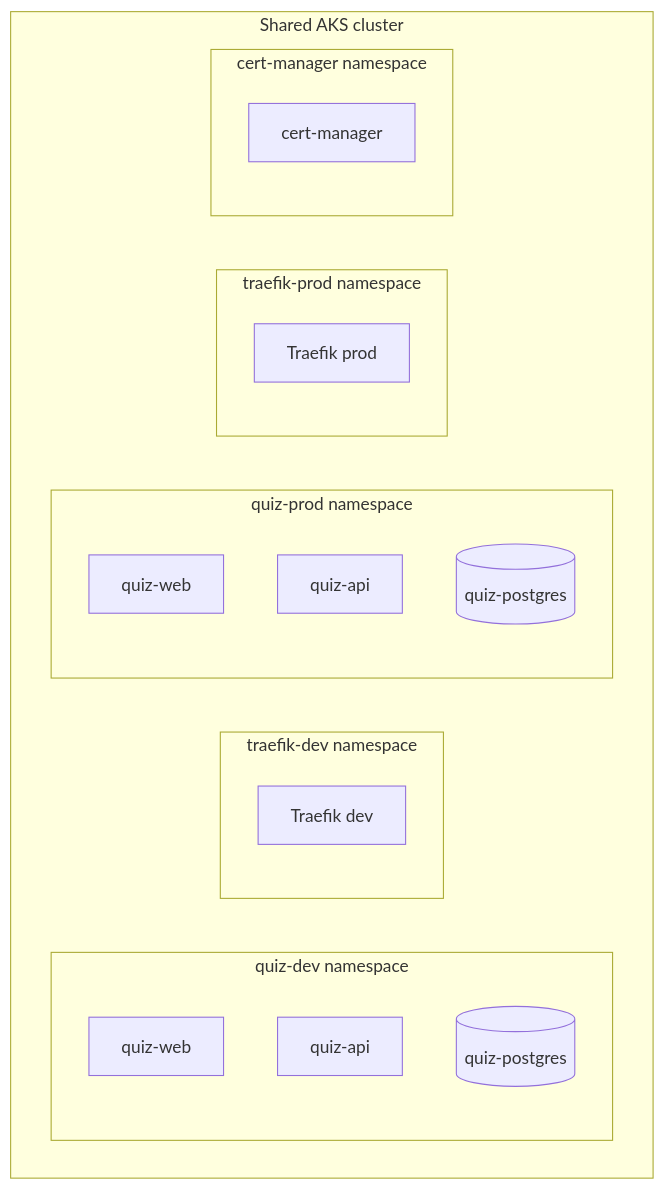
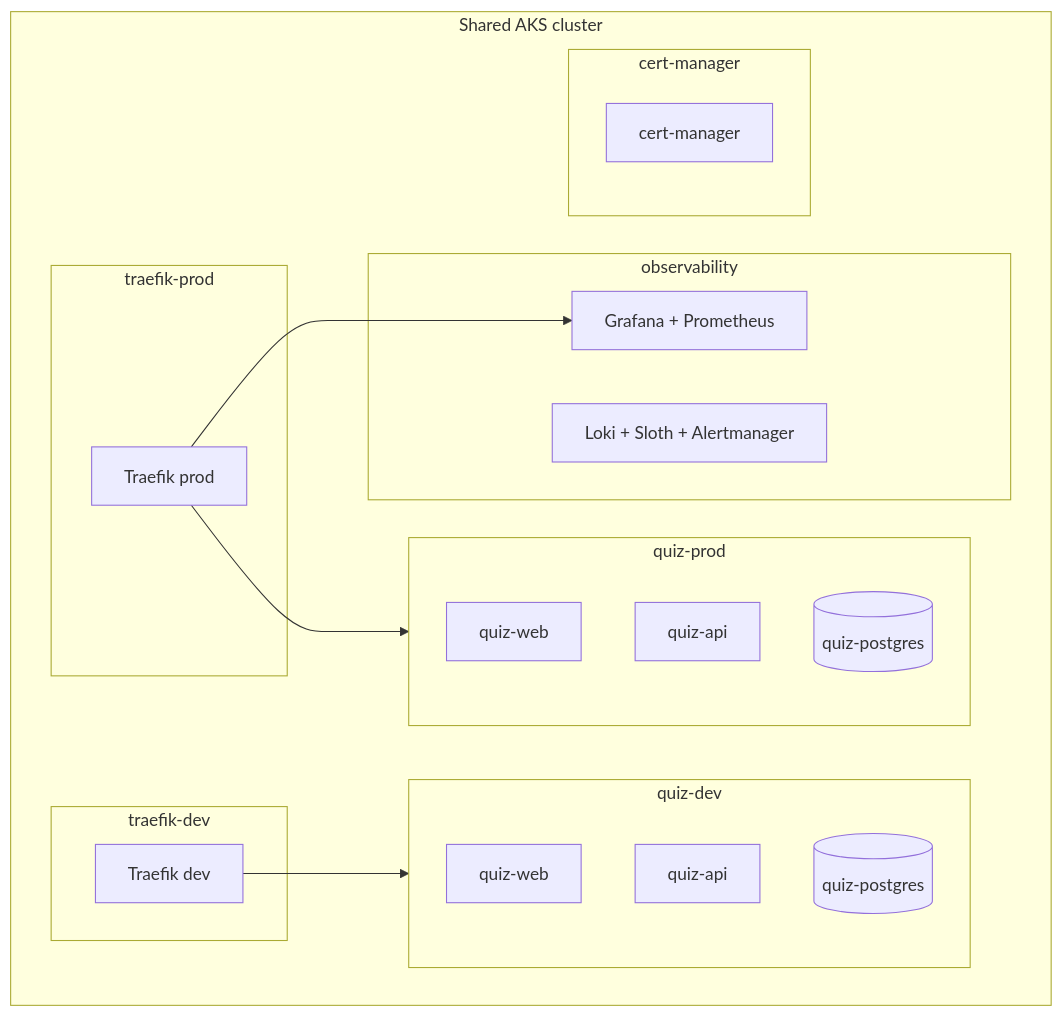
Before and after one commit to Fadi-Bedrossian/quiz_app: the third of 4 diagrams in wiki/Architecture.md, drawn with Mermaid. The commit also changed other lines of this file and 6 other files, not shown here.

First line of the commit message:
Refresh wiki and docs for current architecture

````diff
--- a/wiki/Architecture.md
+++ b/wiki/Architecture.md
@@ -95,24 +282,37 @@
 ```mermaid
 flowchart TB
     subgraph AKS[Shared AKS cluster]
-      subgraph DEV[quiz-dev namespace]
+      subgraph DEV[quiz-dev]
         DWEB[quiz-web]
         DAPI[quiz-api]
         DPG[(quiz-postgres)]
       end
-      subgraph DTR[traefik-dev namespace]
-        DTRAEFIK[Traefik dev]
+
+      subgraph DTR[traefik-dev]
+        DT[Traefik dev]
       end
-      subgraph PROD[quiz-prod namespace]
+
+      subgraph PROD[quiz-prod]
         PWEB[quiz-web]
         PAPI[quiz-api]
         PPG[(quiz-postgres)]
       end
-      subgraph PTR[traefik-prod namespace]
-        PTRAEFIK[Traefik prod]
+
+      subgraph PTR[traefik-prod]
+        PT[Traefik prod]
       end
-      subgraph CMNS[cert-manager namespace]
-        CERT[cert-manager]
+
+      subgraph OBS[observability]
+        GP[Grafana + Prometheus]
+        LL[Loki + Sloth + Alertmanager]
+      end
+
+      subgraph CERT[cert-manager]
+        CM[cert-manager]
       end
     end
+
+    DT --> DEV
+    PT --> PROD
+    PT --> GP
 ```
````
